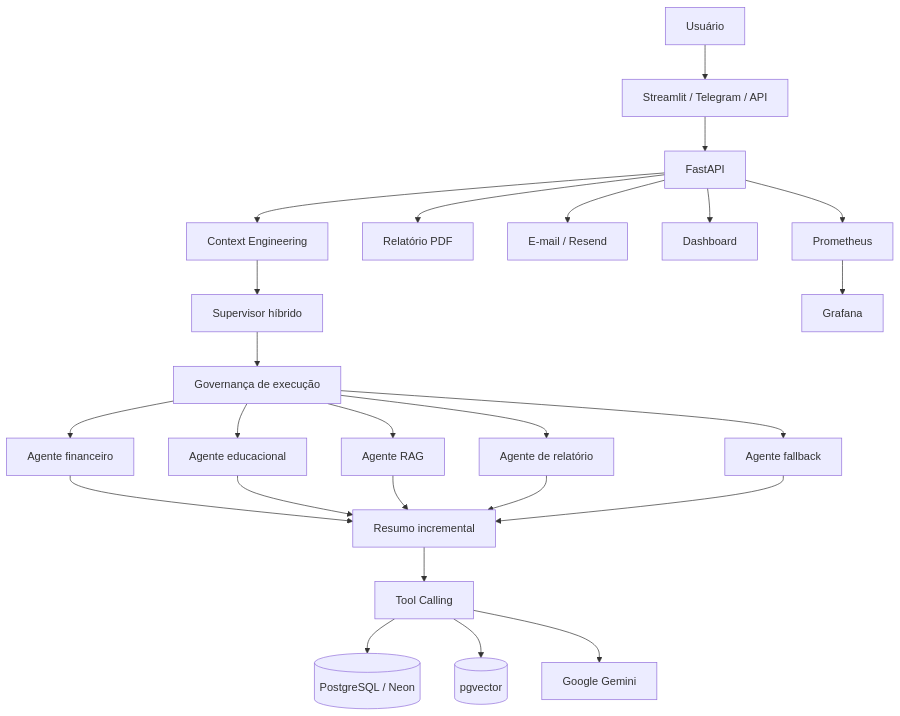
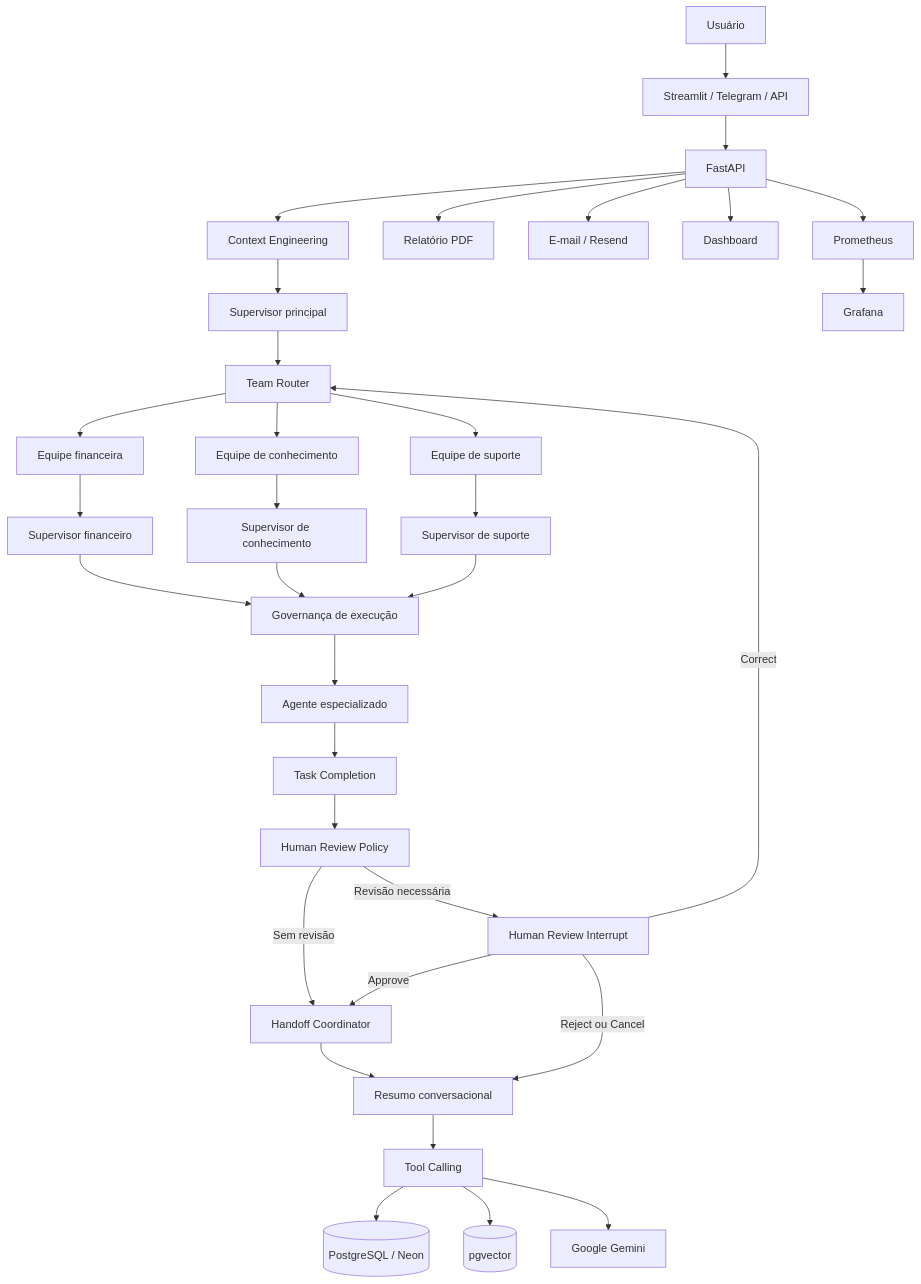
Before and after one commit to Rogerio5/INNA-Financial-Coach-AI: the first of 2 diagrams in README.md, drawn with Mermaid. The commit also changed other lines of this file, not shown here.

First line of the commit message:
Revise project status and architecture details in README

````diff
--- a/README.md
+++ b/README.md
@@ -329,31 +331,44 @@
 ```mermaid
 flowchart TD
     U[Usuário] --> Channels[Streamlit / Telegram / API]
     Channels --> API[FastAPI]
     API --> Context[Context Engineering]
-    Context --> Supervisor[Supervisor híbrido]
-    Supervisor --> Governance[Governança de execução]
+    Context --> Supervisor[Supervisor principal]
+    Supervisor --> Router[Team Router]
 
-    Governance --> Financial[Agente financeiro]
-    Governance --> Education[Agente educacional]
-    Governance --> RAGAgent[Agente RAG]
-    Governance --> Report[Agente de relatório]
-    Governance --> Fallback[Agente fallback]
+    Router --> FinancialTeam[Equipe financeira]
+    Router --> KnowledgeTeam[Equipe de conhecimento]
+    Router --> SupportTeam[Equipe de suporte]
 
-    Financial --> Summary[Resumo incremental]
-    Education --> Summary
-    RAGAgent --> Summary
-    Report --> Summary
-    Fallback --> Summary
+    FinancialTeam --> FinancialSupervisor[Supervisor financeiro]
+    KnowledgeTeam --> KnowledgeSupervisor[Supervisor de conhecimento]
+    SupportTeam --> SupportSupervisor[Supervisor de suporte]
+
+    FinancialSupervisor --> Governance[Governança de execução]
+    KnowledgeSupervisor --> Governance
+    SupportSupervisor --> Governance
+
+    Governance --> Agent[Agente especializado]
+    Agent --> Completion[Task Completion]
+    Completion --> ReviewPolicy[Human Review Policy]
+
+    ReviewPolicy -->|Sem revisão| Handoff[Handoff Coordinator]
+    ReviewPolicy -->|Revisão necessária| Interrupt[Human Review Interrupt]
+
+    Interrupt -->|Approve| Handoff
+    Interrupt -->|Correct| Router
+    Interrupt -->|Reject ou Cancel| Summary[Resumo conversacional]
+
+    Handoff --> Summary
 
     Summary --> Tools[Tool Calling]
     Tools --> DB[(PostgreSQL / Neon)]
     Tools --> Vector[(pgvector)]
     Tools --> Gemini[Google Gemini]
 
     API --> PDF[Relatório PDF]
     API --> Email[E-mail / Resend]
     API --> Dashboard[Dashboard]
     API --> Metrics[Prometheus]
     Metrics --> Grafana[Grafana]
 ```
````
